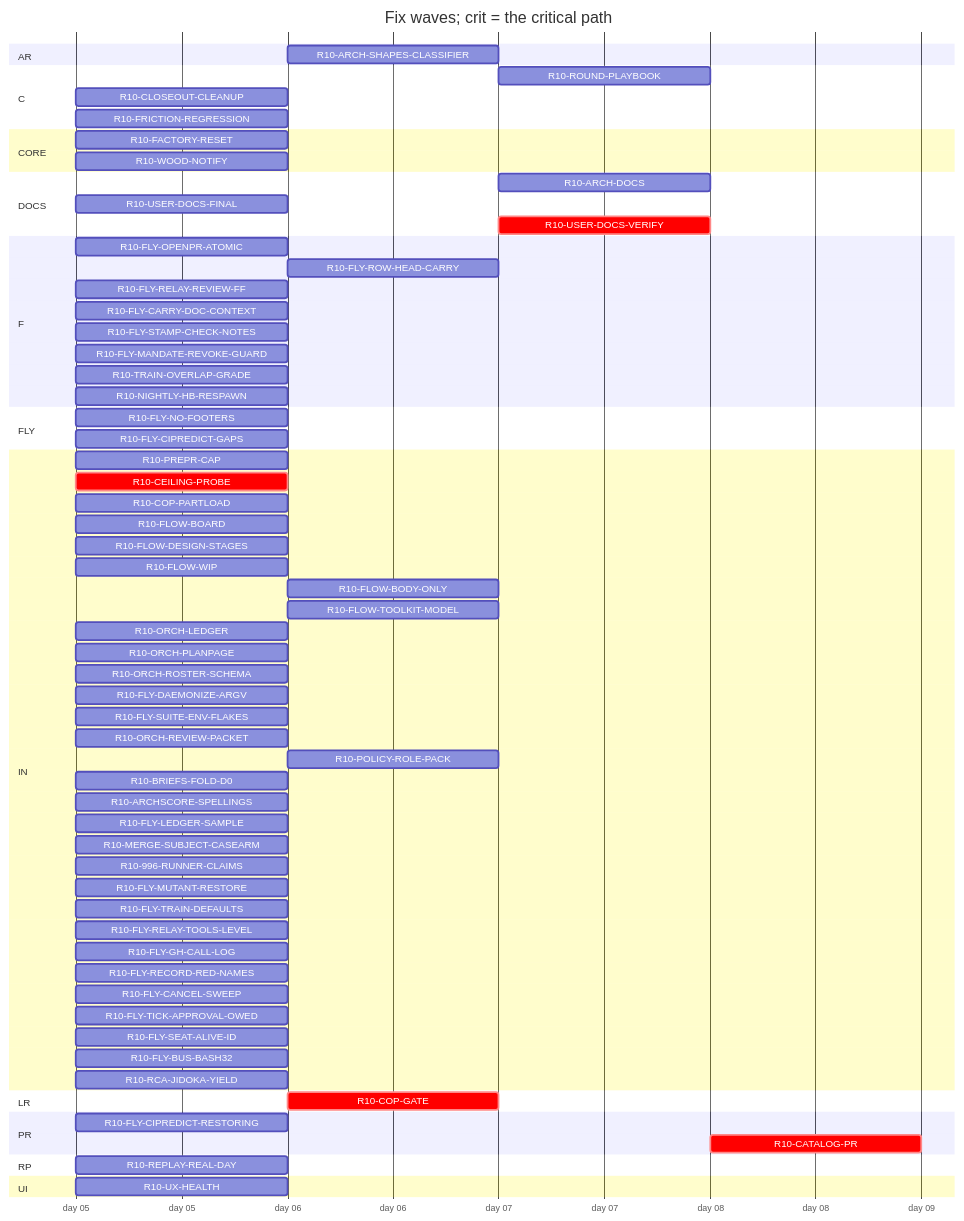
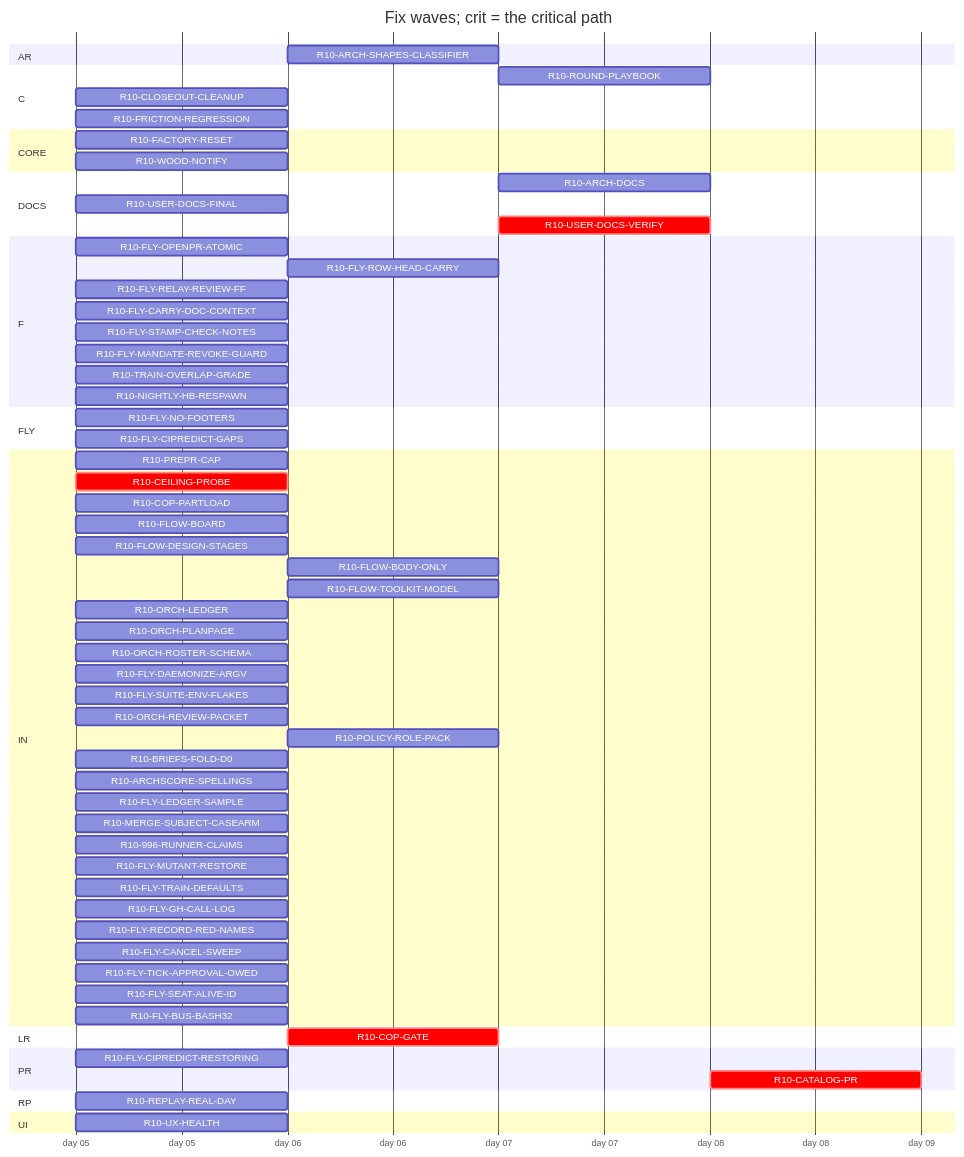
The diagram in handoff/round10/state/PLAN-TABLE.md (tvofi/heatpump_optimizer), drawn with Mermaid before and after one commit. The commit also changed other lines of this file and 3 other files, not shown here.

Commit message:
state: FLOW-BOARD.md, NEXT-SESSION-PROMPT.md, PLAN-TABLE.md, RESUME-CURRENT.md regenerated (state_docs.py)

````diff
--- a/handoff/round10/state/PLAN-TABLE.md
+++ b/handoff/round10/state/PLAN-TABLE.md
@@ -24,71 +24,68 @@
 ```mermaid
 gantt
   title Fix waves; crit = the critical path
   dateFormat YYYY-MM-DD
   axisFormat day %d
   section AR
     R10-ARCH-SHAPES-CLASSIFIER :r10ARCHSHAPESCLASSIFIER, after r10996RUNNERCLAIMS, 1d
   section C
     R10-ROUND-PLAYBOOK :r10ROUNDPLAYBOOK, after r10ORCHLEDGER r10ORCHPLANPAGE r10FLYRELAYREVIEWFF r10FLOWBODYONLY, 1d
     R10-CLOSEOUT-CLEANUP :r10CLOSEOUTCLEANUP, 2026-01-05, 1d
     R10-FRICTION-REGRESSION :r10FRICTIONREGRESSION, 2026-01-05, 1d
   section CORE
     R10-FACTORY-RESET :r10FACTORYRESET, 2026-01-05, 1d
     R10-WOOD-NOTIFY :r10WOODNOTIFY, 2026-01-05, 1d
   section DOCS
-    R10-ARCH-DOCS :r10ARCHDOCS, after r10COPGATE r10UXHEALTH r10CEILINGPROBE r10COPPARTLOAD r10FLOWBOARD r10FLOWDESIGNSTAGES r10FLOWWIP r10FLOWBODYONLY r10FLYOPENPRATOMIC r10FLYROWHEADCARRY r10FLYRELAYREVIEWFF r10FLYCARRYDOCCONTEXT r10FLOWTOOLKITMODEL r10FLYSTAMPCHECKNOTES r10FLYMANDATEREVOKEGUARD r10TRAINOVERLAPGRADE r10NIGHTLYHBRESPAWN r10ORCHLEDGER r10ORCHPLANPAGE r10ORCHROSTERSCHEMA r10FLYDAEMONIZEARGV r10ORCHREVIEWPACKET r10POLICYROLEPACK r10BRIEFSFOLDD0 r10REPLAYREALDAY r10ARCHSCORESPELLINGS r10FLYLEDGERSAMPLE, 1d
+    R10-ARCH-DOCS :r10ARCHDOCS, after r10COPGATE r10UXHEALTH r10CEILINGPROBE r10COPPARTLOAD r10FLOWBOARD r10FLOWDESIGNSTAGES r10FLOWBODYONLY r10FLYOPENPRATOMIC r10FLYROWHEADCARRY r10FLYRELAYREVIEWFF r10FLYCARRYDOCCONTEXT r10FLOWTOOLKITMODEL r10FLYSTAMPCHECKNOTES r10FLYMANDATEREVOKEGUARD r10TRAINOVERLAPGRADE r10NIGHTLYHBRESPAWN r10ORCHLEDGER r10ORCHPLANPAGE r10ORCHROSTERSCHEMA r10FLYDAEMONIZEARGV r10ORCHREVIEWPACKET r10POLICYROLEPACK r10BRIEFSFOLDD0 r10REPLAYREALDAY r10ARCHSCORESPELLINGS r10FLYLEDGERSAMPLE, 1d
     R10-USER-DOCS-FINAL :r10USERDOCSFINAL, 2026-01-05, 1d
-    R10-USER-DOCS-VERIFY :crit, r10USERDOCSVERIFY, after r10COPGATE r10UXHEALTH r10CEILINGPROBE r10COPPARTLOAD r10FLOWBOARD r10FLOWDESIGNSTAGES r10FLOWWIP r10FLOWBODYONLY r10FLYOPENPRATOMIC r10FLYROWHEADCARRY r10FLYRELAYREVIEWFF r10FLYCARRYDOCCONTEXT r10FLOWTOOLKITMODEL r10FLYSTAMPCHECKNOTES r10FLYMANDATEREVOKEGUARD r10TRAINOVERLAPGRADE r10NIGHTLYHBRESPAWN r10ORCHLEDGER r10ORCHPLANPAGE r10ORCHROSTERSCHEMA r10FLYDAEMONIZEARGV r10ORCHREVIEWPACKET r10POLICYROLEPACK r10BRIEFSFOLDD0 r10REPLAYREALDAY r10ARCHSCORESPELLINGS r10FLYLEDGERSAMPLE r10FACTORYRESET r10WOODNOTIFY r10USERDOCSFINAL, 1d
+    R10-USER-DOCS-VERIFY :crit, r10USERDOCSVERIFY, after r10COPGATE r10UXHEALTH r10CEILINGPROBE r10COPPARTLOAD r10FLOWBOARD r10FLOWDESIGNSTAGES r10FLOWBODYONLY r10FLYOPENPRATOMIC r10FLYROWHEADCARRY r10FLYRELAYREVIEWFF r10FLYCARRYDOCCONTEXT r10FLOWTOOLKITMODEL r10FLYSTAMPCHECKNOTES r10FLYMANDATEREVOKEGUARD r10TRAINOVERLAPGRADE r10NIGHTLYHBRESPAWN r10ORCHLEDGER r10ORCHPLANPAGE r10ORCHROSTERSCHEMA r10FLYDAEMONIZEARGV r10ORCHREVIEWPACKET r10POLICYROLEPACK r10BRIEFSFOLDD0 r10REPLAYREALDAY r10ARCHSCORESPELLINGS r10FLYLEDGERSAMPLE r10FACTORYRESET r10WOODNOTIFY r10USERDOCSFINAL, 1d
   section F
     R10-FLY-OPENPR-ATOMIC :r10FLYOPENPRATOMIC, 2026-01-05, 1d
     R10-FLY-ROW-HEAD-CARRY :r10FLYROWHEADCARRY, after r10FLYOPENPRATOMIC, 1d
     R10-FLY-RELAY-REVIEW-FF :r10FLYRELAYREVIEWFF, 2026-01-05, 1d
     R10-FLY-CARRY-DOC-CONTEXT :r10FLYCARRYDOCCONTEXT, 2026-01-05, 1d
     R10-FLY-STAMP-CHECK-NOTES :r10FLYSTAMPCHECKNOTES, 2026-01-05, 1d
     R10-FLY-MANDATE-REVOKE-GUARD :r10FLYMANDATEREVOKEGUARD, 2026-01-05, 1d
     R10-TRAIN-OVERLAP-GRADE :r10TRAINOVERLAPGRADE, 2026-01-05, 1d
     R10-NIGHTLY-HB-RESPAWN :r10NIGHTLYHBRESPAWN, 2026-01-05, 1d
   section FLY
     R10-FLY-NO-FOOTERS :r10FLYNOFOOTERS, 2026-01-05, 1d
     R10-FLY-CIPREDICT-GAPS :r10FLYCIPREDICTGAPS, 2026-01-05, 1d
   section IN
     R10-PREPR-CAP :r10PREPRCAP, 2026-01-05, 1d
     R10-CEILING-PROBE :crit, r10CEILINGPROBE, 2026-01-05, 1d
     R10-COP-PARTLOAD :r10COPPARTLOAD, 2026-01-05, 1d
     R10-FLOW-BOARD :r10FLOWBOARD, 2026-01-05, 1d
     R10-FLOW-DESIGN-STAGES :r10FLOWDESIGNSTAGES, 2026-01-05, 1d
-    R10-FLOW-WIP :r10FLOWWIP, 2026-01-05, 1d
     R10-FLOW-BODY-ONLY :r10FLOWBODYONLY, after r10FLYOPENPRATOMIC, 1d
     R10-FLOW-TOOLKIT-MODEL :r10FLOWTOOLKITMODEL, after r10ORCHPLANPAGE, 1d
     R10-ORCH-LEDGER :r10ORCHLEDGER, 2026-01-05, 1d
     R10-ORCH-PLANPAGE :r10ORCHPLANPAGE, 2026-01-05, 1d
     R10-ORCH-ROSTER-SCHEMA :r10ORCHROSTERSCHEMA, 2026-01-05, 1d
     R10-FLY-DAEMONIZE-ARGV :r10FLYDAEMONIZEARGV, 2026-01-05, 1d
     R10-FLY-SUITE-ENV-FLAKES :r10FLYSUITEENVFLAKES, 2026-01-05, 1d
     R10-ORCH-REVIEW-PACKET :r10ORCHREVIEWPACKET, 2026-01-05, 1d
     R10-POLICY-ROLE-PACK :r10POLICYROLEPACK, after r10FLOWDESIGNSTAGES, 1d
     R10-BRIEFS-FOLD-D0 :r10BRIEFSFOLDD0, 2026-01-05, 1d
     R10-ARCHSCORE-SPELLINGS :r10ARCHSCORESPELLINGS, 2026-01-05, 1d
     R10-FLY-LEDGER-SAMPLE :r10FLYLEDGERSAMPLE, 2026-01-05, 1d
     R10-MERGE-SUBJECT-CASEARM :r10MERGESUBJECTCASEARM, 2026-01-05, 1d
     R10-996-RUNNER-CLAIMS :r10996RUNNERCLAIMS, 2026-01-05, 1d
     R10-FLY-MUTANT-RESTORE :r10FLYMUTANTRESTORE, 2026-01-05, 1d
     R10-FLY-TRAIN-DEFAULTS :r10FLYTRAINDEFAULTS, 2026-01-05, 1d
-    R10-FLY-RELAY-TOOLS-LEVEL :r10FLYRELAYTOOLSLEVEL, 2026-01-05, 1d
     R10-FLY-GH-CALL-LOG :r10FLYGHCALLLOG, 2026-01-05, 1d
     R10-FLY-RECORD-RED-NAMES :r10FLYRECORDREDNAMES, 2026-01-05, 1d
     R10-FLY-CANCEL-SWEEP :r10FLYCANCELSWEEP, 2026-01-05, 1d
     R10-FLY-TICK-APPROVAL-OWED :r10FLYTICKAPPROVALOWED, 2026-01-05, 1d
     R10-FLY-SEAT-ALIVE-ID :r10FLYSEATALIVEID, 2026-01-05, 1d
     R10-FLY-BUS-BASH32 :r10FLYBUSBASH32, 2026-01-05, 1d
-    R10-RCA-JIDOKA-YIELD :r10RCAJIDOKAYIELD, 2026-01-05, 1d
   section LR
     R10-COP-GATE :crit, r10COPGATE, after r10CEILINGPROBE, 1d
   section PR
     R10-FLY-CIPREDICT-RESTORING :r10FLYCIPREDICTRESTORING, 2026-01-05, 1d
     R10-CATALOG-PR :crit, r10CATALOGPR, after r10USERDOCSVERIFY, 1d
   section RP
     R10-REPLAY-REAL-DAY :r10REPLAYREALDAY, 2026-01-05, 1d
   section UI
     R10-UX-HEALTH :r10UXHEALTH, 2026-01-05, 1d
 ```
````
